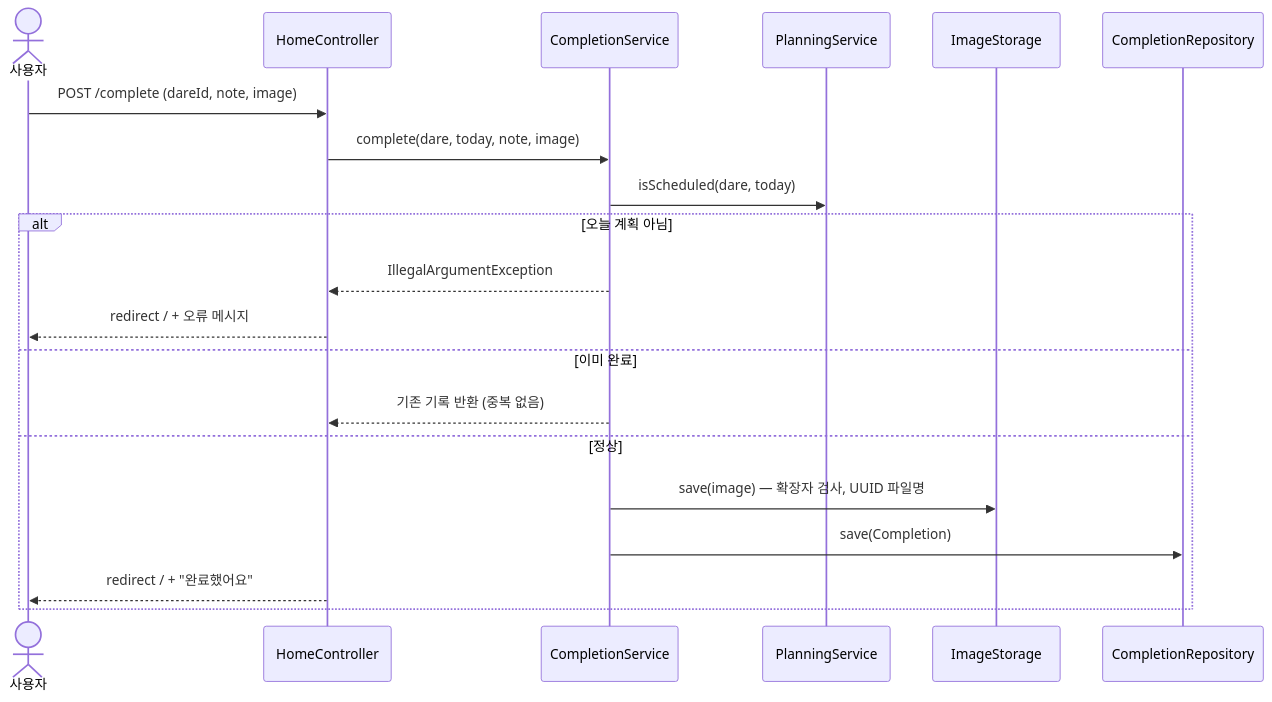
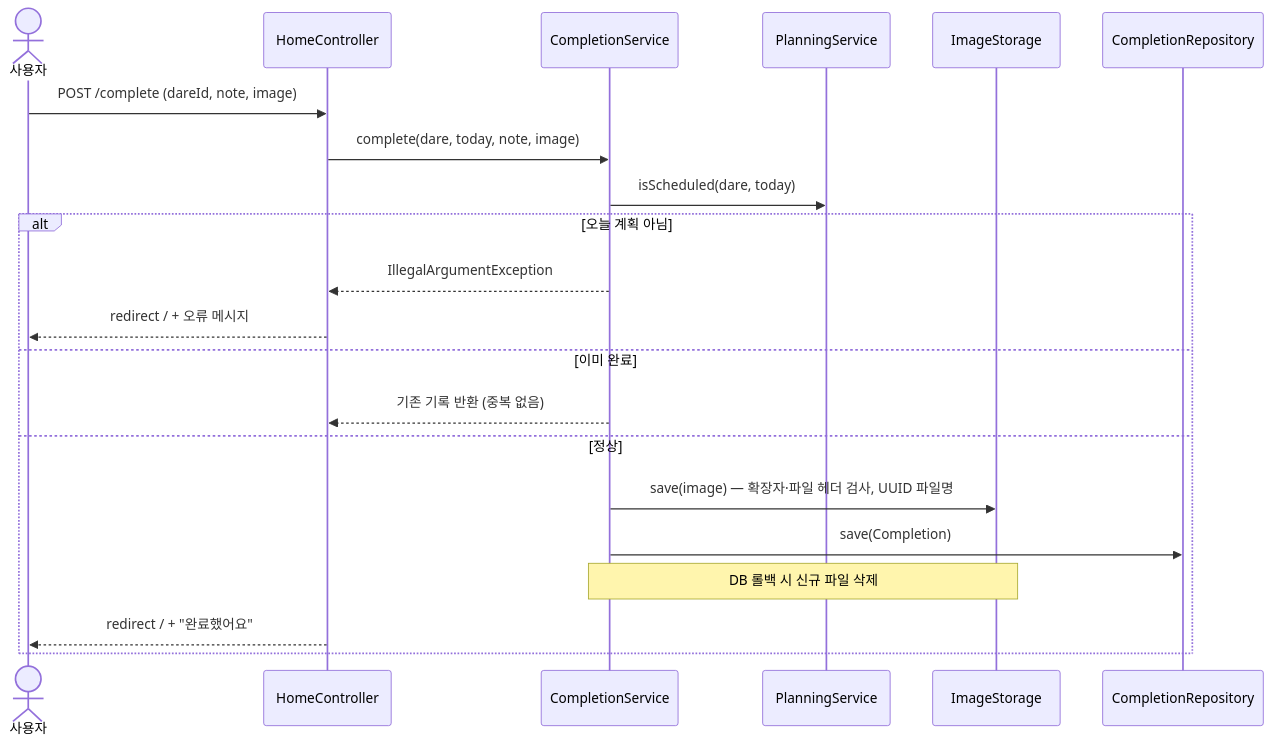
The fourth of 6 diagrams in docs/architecture.md (xmogux/DaySpark), drawn with Mermaid before and after one commit. The commit also changed other lines of this file and 6 other files, not shown here.

Commit message:
docs: synchronize v5.7.0 README, requirements and architecture

````diff
--- a/docs/architecture.md
+++ b/docs/architecture.md
@@ -260,23 +260,24 @@
 ```mermaid
 sequenceDiagram
     actor U as 사용자
     participant HC as HomeController
     participant CS as CompletionService
     participant PS as PlanningService
     participant IS as ImageStorage
     participant DB as CompletionRepository
 
     U->>HC: POST /complete (dareId, note, image)
     HC->>CS: complete(dare, today, note, image)
     CS->>PS: isScheduled(dare, today)
     alt 오늘 계획 아님
         CS-->>HC: IllegalArgumentException
         HC-->>U: redirect / + 오류 메시지
     else 이미 완료
         CS-->>HC: 기존 기록 반환 (중복 없음)
     else 정상
-        CS->>IS: save(image) — 확장자 검사, UUID 파일명
+        CS->>IS: save(image) — 확장자·파일 헤더 검사, UUID 파일명
         CS->>DB: save(Completion)
+        Note over CS,IS: DB 롤백 시 신규 파일 삭제
         HC-->>U: redirect / + "완료했어요"
     end
 ```
````
